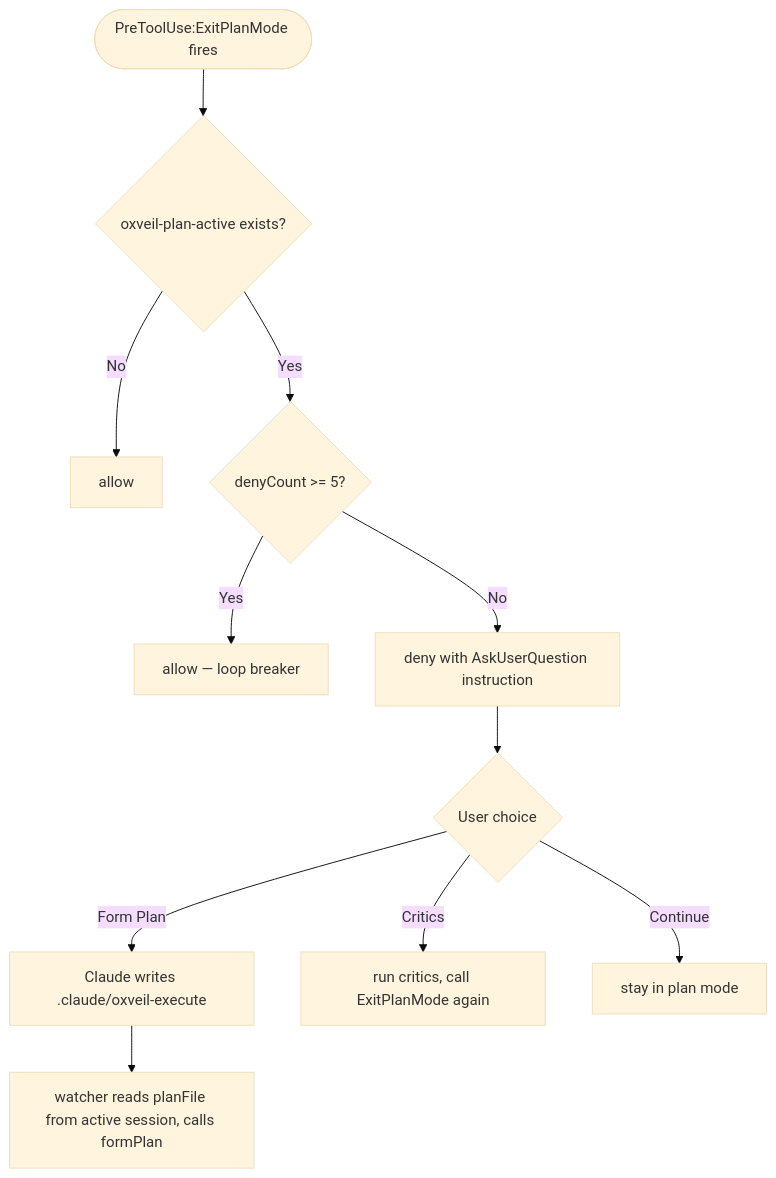
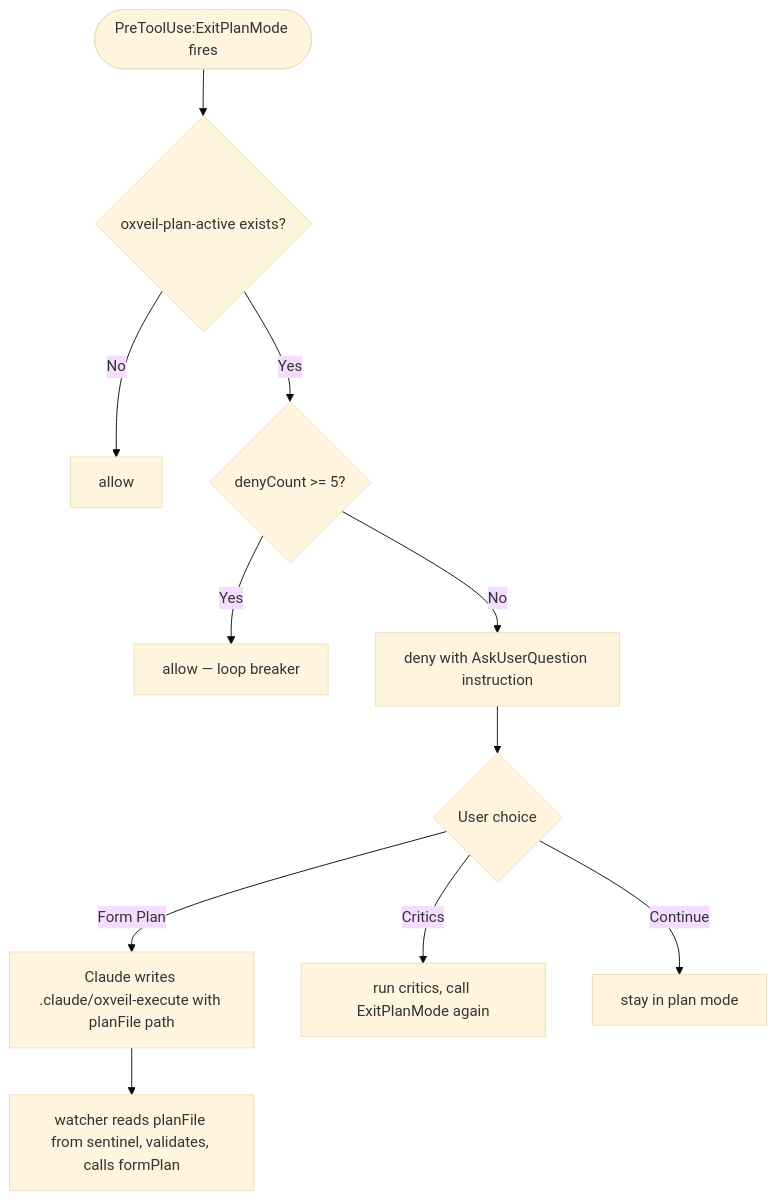
The seventh of 7 diagrams in docs/workflow/states.md (chmc/oxveil), drawn with Mermaid (base theme) before and after one commit. The commit also changed other lines of this file and 8 other files, not shown here.

First line of the commit message:
fix: pass plan file path explicitly from plan-chat to Oxveil

````diff
--- a/docs/workflow/states.md
+++ b/docs/workflow/states.md
@@ -678,13 +680,13 @@
 ```mermaid
 flowchart TD
     Hook([PreToolUse:ExitPlanMode fires]) --> M1{oxveil-plan-active exists?}
     M1 -- No --> Allow1[allow]
     M1 -- Yes --> D1{denyCount >= 5?}
     D1 -- Yes --> Allow2[allow — loop breaker]
     D1 -- No --> Deny[deny with AskUserQuestion instruction]
     Deny --> User{User choice}
-    User -- Form Plan --> Trigger[Claude writes .claude/oxveil-execute]
+    User -- Form Plan --> Trigger[Claude writes .claude/oxveil-execute with planFile path]
     User -- Critics --> Critics[run critics, call ExitPlanMode again]
     User -- Continue --> Continue[stay in plan mode]
-    Trigger --> Watcher[watcher reads planFile from active session, calls formPlan]
+    Trigger --> Watcher[watcher reads planFile from sentinel, validates, calls formPlan]
 ```
````
